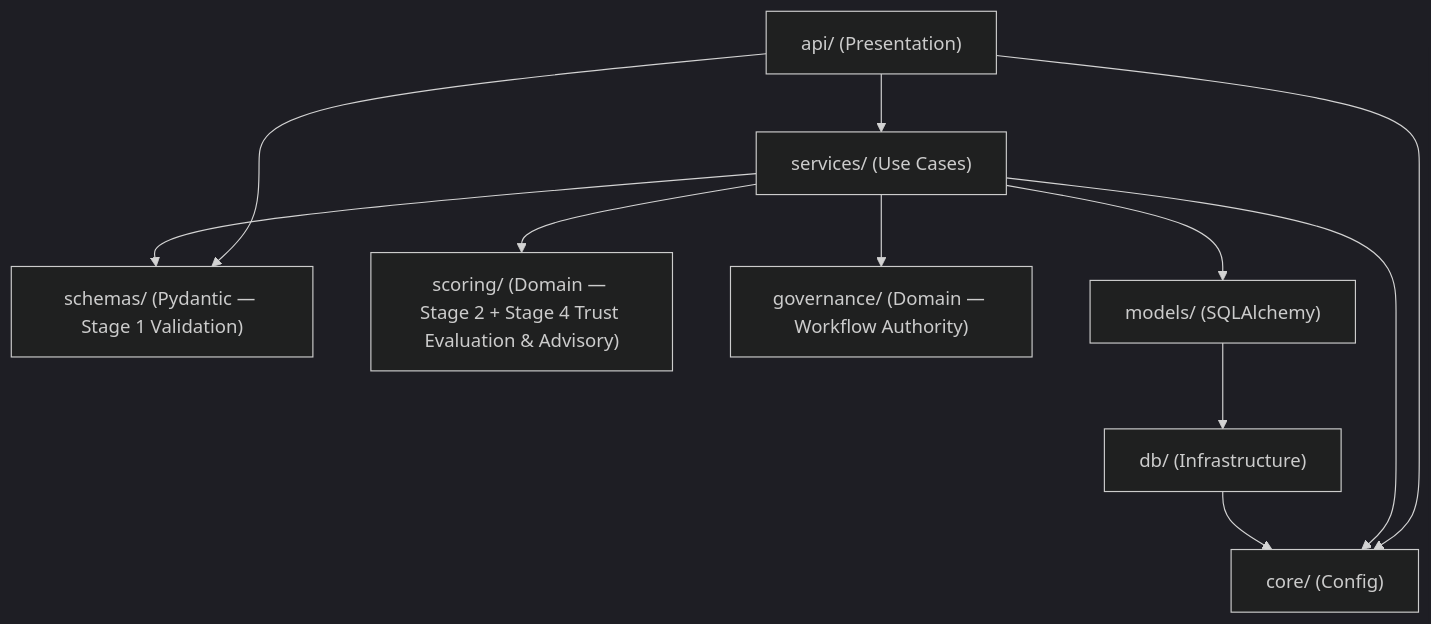
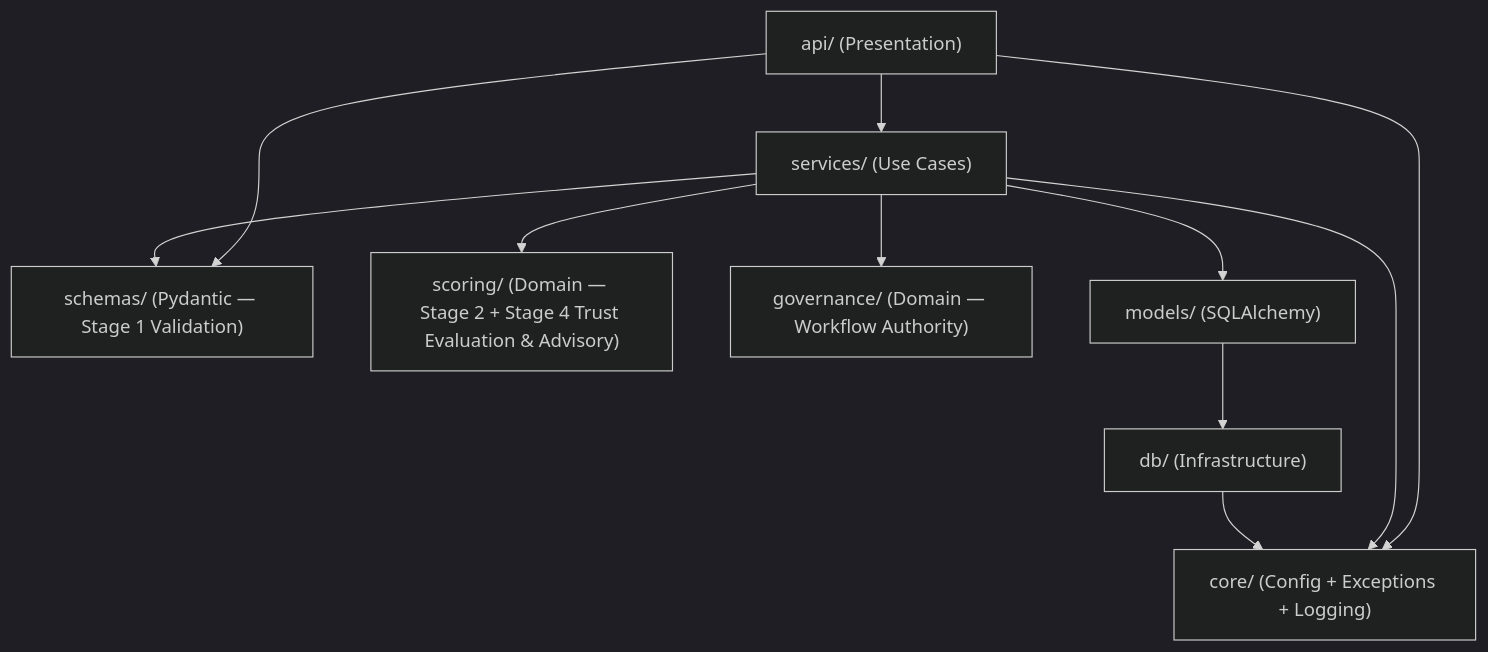
The diagram in docs/architecture/01_project_structure.md (leyyce/winnow), drawn with Mermaid (dark theme) before and after one commit. The commit also changed other lines of this file and 35 other files, not shown here.

````diff
--- a/docs/architecture/01_project_structure.md
+++ b/docs/architecture/01_project_structure.md
@@ -266,22 +267,22 @@
 ```mermaid
 graph TD
     API["api/ (Presentation)"]
     SCHEMAS["schemas/ (Pydantic — Stage 1 Validation)"]
     SERVICES["services/ (Use Cases)"]
     SCORING["scoring/ (Domain — Stage 2 + Stage 4 Trust Evaluation & Advisory)"]
     GOVERNANCE["governance/ (Domain — Workflow Authority)"]
     MODELS["models/ (SQLAlchemy)"]
     DB["db/ (Infrastructure)"]
-    CORE["core/ (Config)"]
+    CORE["core/ (Config + Exceptions + Logging)"]
 
     API --> SCHEMAS
     API --> SERVICES
+    API --> CORE
     SERVICES --> SCORING
     SERVICES --> GOVERNANCE
     SERVICES --> MODELS
     SERVICES --> SCHEMAS
+    SERVICES --> CORE
     MODELS --> DB
-    API --> CORE
-    SERVICES --> CORE
     DB --> CORE
 ```
````
